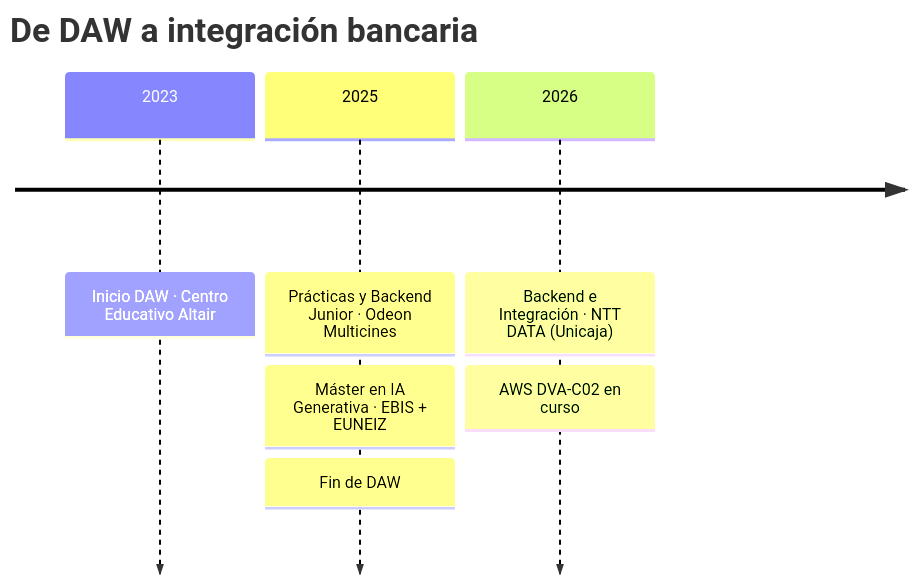
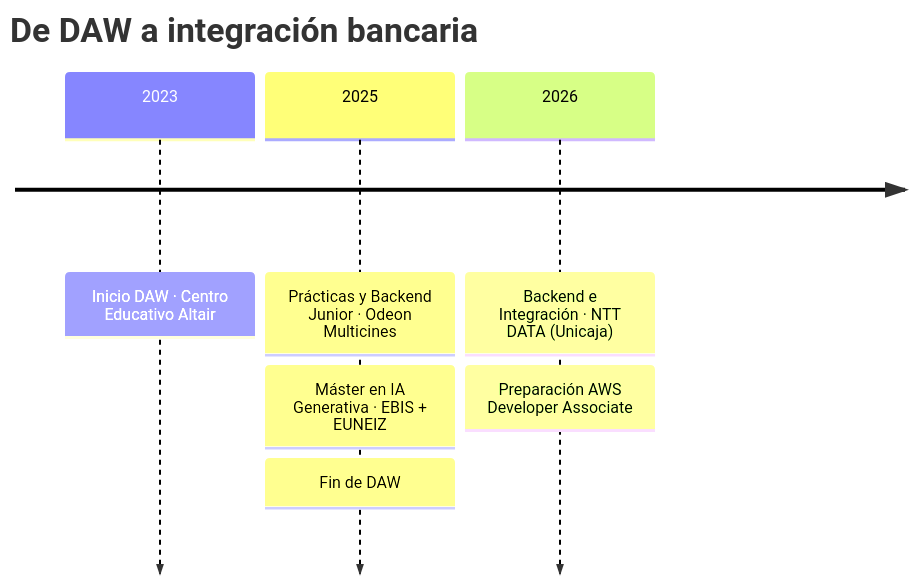
The first of 2 diagrams in README.md (eduballesteros/eduballesteros), drawn with Mermaid before and after one commit. The commit also changed other lines of this file, not shown here.

Commit message:
docs: actualiza perfil con Extrude y ruta de aprendizaje AWS

````diff
--- a/README.md
+++ b/README.md
@@ -30,7 +40,7 @@
 ```mermaid
 timeline
     title De DAW a integración bancaria
     2023 : Inicio DAW · Centro Educativo Altair
     2025 : Prácticas y Backend Junior · Odeon Multicines : Máster en IA Generativa · EBIS + EUNEIZ : Fin de DAW
-    2026 : Backend e Integración · NTT DATA (Unicaja) : AWS DVA-C02 en curso
+    2026 : Backend e Integración · NTT DATA (Unicaja) : Preparación AWS Developer Associate
 ```
````
